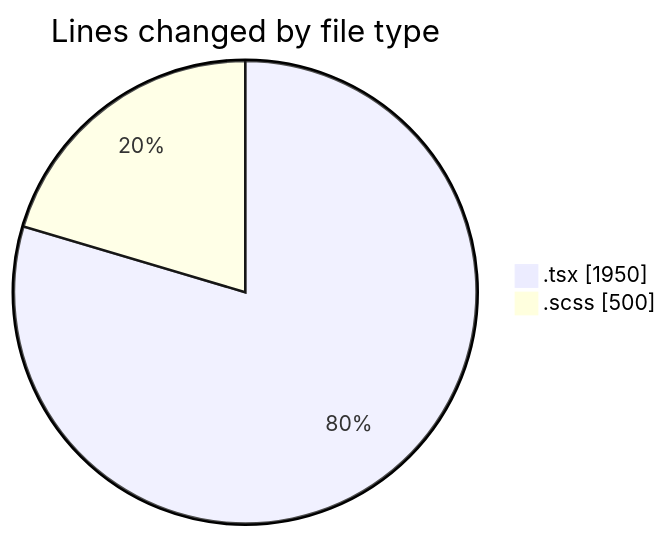
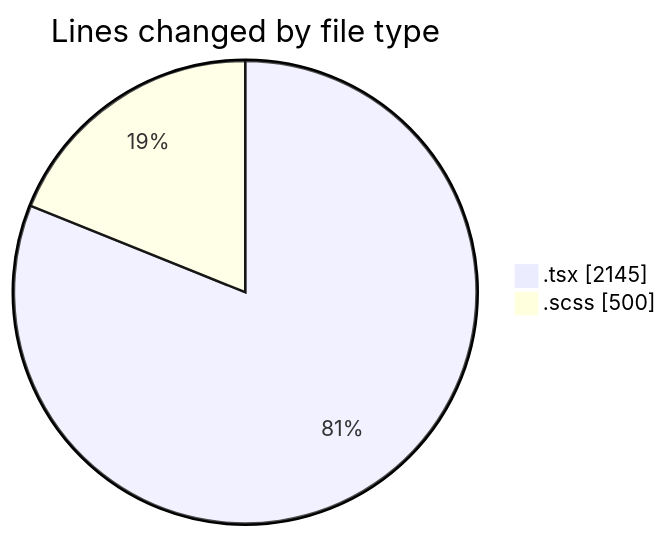
Before and after one commit to momahboobian/code-tracking: the first of 2 diagrams in 2025-04-10/cda/README.md, drawn with Mermaid. The commit also changed other lines of this file and 1 other file, not shown here.

````diff
--- a/2025-04-10/cda/README.md
+++ b/2025-04-10/cda/README.md
@@ -26,6 +26,6 @@
 ```mermaid
 pie showData
 title Lines changed by file type
-".tsx" : 1950
+".tsx" : 2145
 ".scss" : 500
 ```
````
